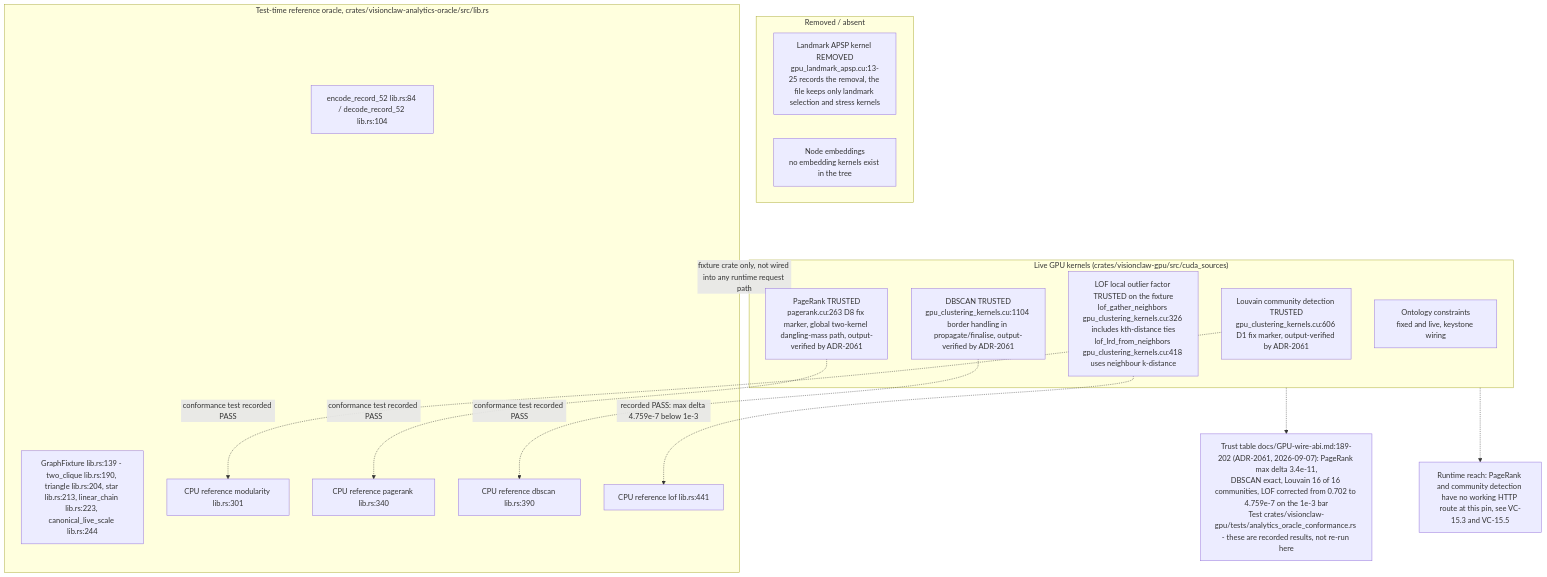
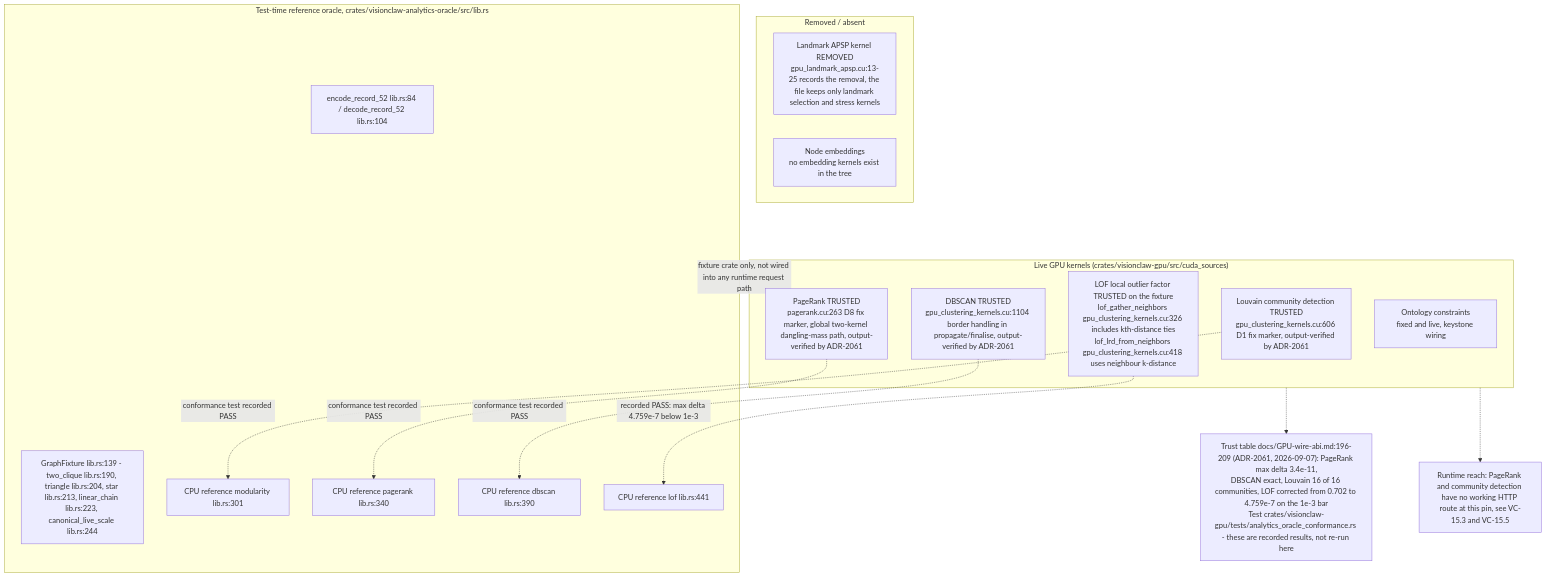
Before and after one commit to DreamLab-AI/VisionFlow: diagram 12 of 12 in docs/diagrams/visionclaw/15-gpu-analytics.md, drawn with Mermaid. The commit also changed other lines of this file and 56 other files, not shown here.

First line of the commit message:
docs(diagrams): re-verify VisionClaw topics at ec785afa9, add VC-19/56/57 and the VisionClaw register

````diff
--- a/docs/diagrams/visionclaw/15-gpu-analytics.md
+++ b/docs/diagrams/visionclaw/15-gpu-analytics.md
@@ -590,35 +625,35 @@
 ```mermaid
 flowchart TD
     subgraph LIVE["Live GPU kernels (crates/visionclaw-gpu/src/cuda_sources)"]
         LOUV["Louvain community detection TRUSTED<br/>gpu_clustering_kernels.cu:606 D1 fix marker, output-verified by ADR-2061"]
         PR["PageRank TRUSTED<br/>pagerank.cu:263 D8 fix marker, global two-kernel dangling-mass path, output-verified by ADR-2061"]
         DBS["DBSCAN TRUSTED<br/>gpu_clustering_kernels.cu:1104 border handling in propagate/finalise, output-verified by ADR-2061"]
         LOF["LOF local outlier factor TRUSTED on the fixture<br/>lof_gather_neighbors gpu_clustering_kernels.cu:326 includes kth-distance ties<br/>lof_lrd_from_neighbors gpu_clustering_kernels.cu:418 uses neighbour k-distance"]
         ONT["Ontology constraints<br/>fixed and live, keystone wiring"]
     end
 
     subgraph QUARANTINED["Removed / absent"]
         APSP["Landmark APSP kernel REMOVED<br/>gpu_landmark_apsp.cu:13-25 records the removal, the file keeps only landmark selection and stress kernels"]
         EMB["Node embeddings<br/>no embedding kernels exist in the tree"]
     end
 
     subgraph ORACLE["Test-time reference oracle, crates/visionclaw-analytics-oracle/src/lib.rs"]
         ENC["encode_record_52 lib.rs:84 / decode_record_52 lib.rs:104"]
         FIX["GraphFixture lib.rs:139 - two_clique lib.rs:190, triangle lib.rs:204, star lib.rs:213, linear_chain lib.rs:223, canonical_live_scale lib.rs:244"]
         CPUMOD["CPU reference modularity lib.rs:301"]
         CPUPR["CPU reference pagerank lib.rs:340"]
         CPUDB["CPU reference dbscan lib.rs:390"]
         CPULOF["CPU reference lof lib.rs:441"]
     end
 
     LOUV -.->|"conformance test recorded PASS"| CPUMOD
     PR -.->|"conformance test recorded PASS"| CPUPR
     DBS -.->|"conformance test recorded PASS"| CPUDB
     LOF -.->|"recorded PASS: max delta 4.759e-7 below 1e-3"| CPULOF
 
-    NOTE["Trust table docs/GPU-wire-abi.md:189-202 (ADR-2061, 2026-09-07): PageRank max delta 3.4e-11,<br/>DBSCAN exact, Louvain 16 of 16 communities, LOF corrected from 0.702 to 4.759e-7 on the 1e-3 bar<br/>Test crates/visionclaw-gpu/tests/analytics_oracle_conformance.rs - these are recorded results, not re-run here"]
+    NOTE["Trust table docs/GPU-wire-abi.md:196-209 (ADR-2061, 2026-09-07): PageRank max delta 3.4e-11,<br/>DBSCAN exact, Louvain 16 of 16 communities, LOF corrected from 0.702 to 4.759e-7 on the 1e-3 bar<br/>Test crates/visionclaw-gpu/tests/analytics_oracle_conformance.rs - these are recorded results, not re-run here"]
     LIVE -.-> NOTE
     ORACLE -.->|"fixture crate only, not wired into any runtime request path"| LIVE
     TEL["Runtime reach: PageRank and community detection have no working HTTP route at this pin, see VC-15.3 and VC-15.5"]
     LIVE -.-> TEL
 ```
````
